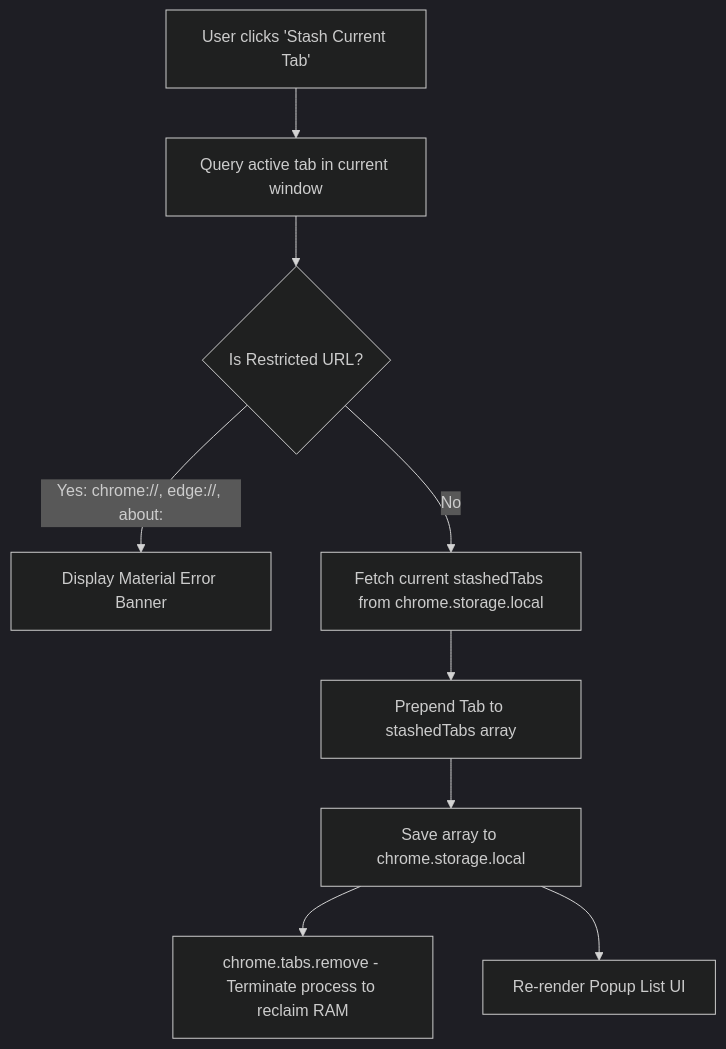
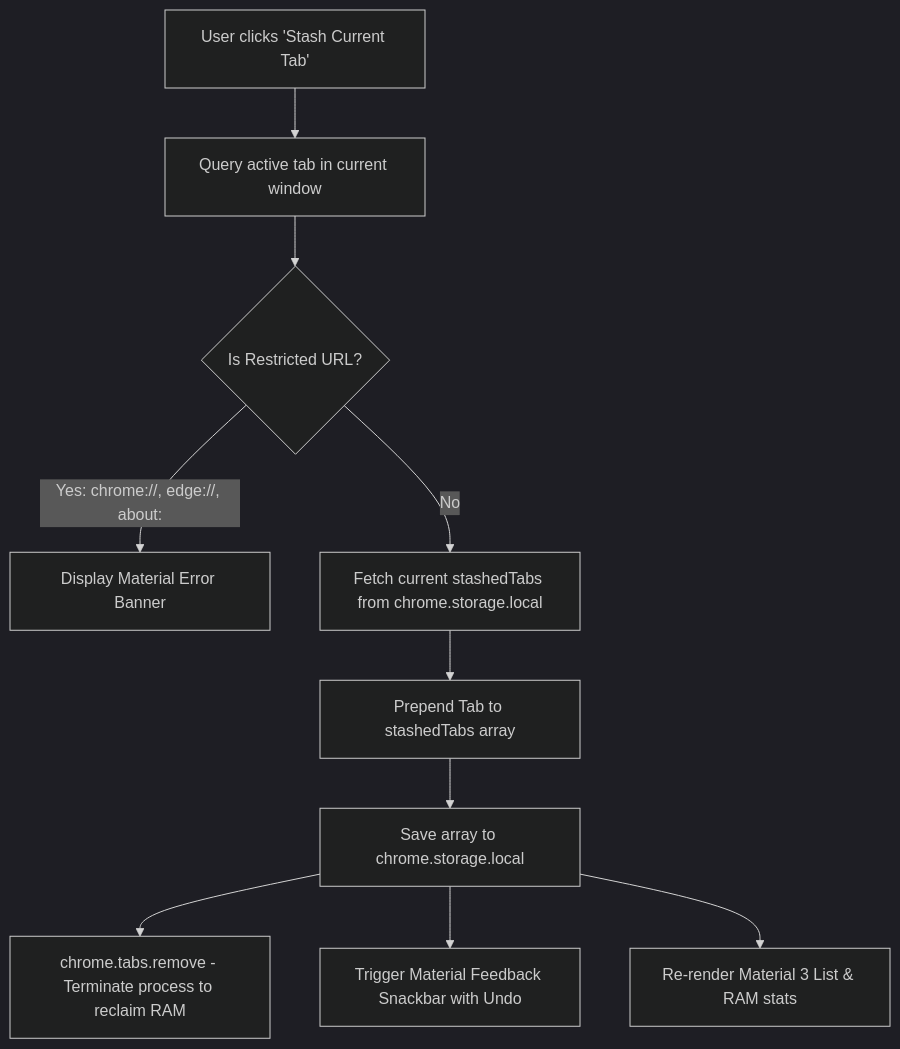
Before and after one commit to kisalnelaka/live-tab-stasher: the diagram in README.md, drawn with Mermaid (dark theme). The commit also changed other lines of this file and 7 other files, not shown here.

Commit message:
feat: add multi-res icons and upgrade Material 3 UI/UX with search, RAM stats, and undo

````diff
--- a/README.md
+++ b/README.md
@@ -11,11 +11,12 @@
 ```mermaid
 graph TD
     A[User clicks 'Stash Current Tab'] --> B[Query active tab in current window]
     B --> C{Is Restricted URL?}
     C -->|Yes: chrome://, edge://, about:| D[Display Material Error Banner]
     C -->|No| E[Fetch current stashedTabs from chrome.storage.local]
     E --> F[Prepend Tab to stashedTabs array]
     F --> G[Save array to chrome.storage.local]
     G --> H[chrome.tabs.remove - Terminate process to reclaim RAM]
-    G --> I[Re-render Popup List UI]
+    G --> I[Trigger Material Feedback Snackbar with Undo]
+    G --> J[Re-render Material 3 List & RAM stats]
 ```
````
